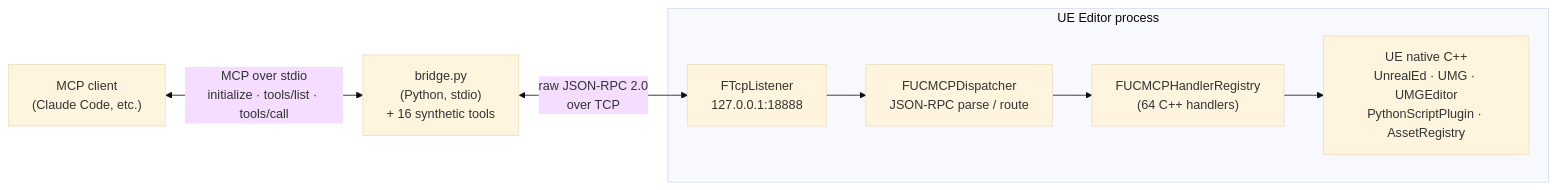
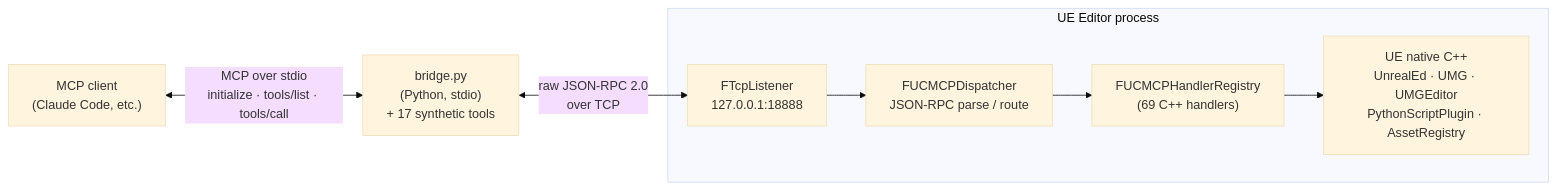
The first of 2 diagrams in docs/ARCHITECTURE.md (daveCode-dot/UnrealClaudeMCP), drawn with Mermaid (base theme) before and after one commit. The commit also changed 18 other files, not shown here.

First line of the commit message:
feat(bridge): Wave A — 6 quick-win tools (engine version, level inventory, save-all, selected-actor read, input mappings, bulk inspect) (#161)

````diff
--- a/docs/ARCHITECTURE.md
+++ b/docs/ARCHITECTURE.md
@@ -5,18 +5,18 @@
 ```mermaid
 flowchart LR
     Client["MCP client<br/>(Claude Code, etc.)"]
-    Bridge["bridge.py<br/>(Python, stdio)<br/>+ 16 synthetic tools"]
+    Bridge["bridge.py<br/>(Python, stdio)<br/>+ 17 synthetic tools"]
 
     subgraph UE["UE Editor process"]
         TCP["FTcpListener<br/>127.0.0.1:18888"]
         Disp["FUCMCPDispatcher<br/>JSON-RPC parse / route"]
-        Reg["FUCMCPHandlerRegistry<br/>(64 C++ handlers)"]
+        Reg["FUCMCPHandlerRegistry<br/>(69 C++ handlers)"]
         Native["UE native C++<br/>UnrealEd · UMG · UMGEditor<br/>PythonScriptPlugin · AssetRegistry"]
     end
 
     Client <-->|"MCP over stdio<br/>initialize · tools/list · tools/call"| Bridge
     Bridge <-->|"raw JSON-RPC 2.0<br/>over TCP"| TCP
     TCP --> Disp
     Disp --> Reg
     Reg --> Native
 ```
````
